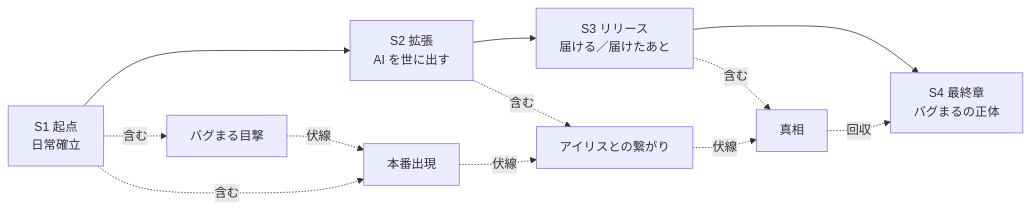
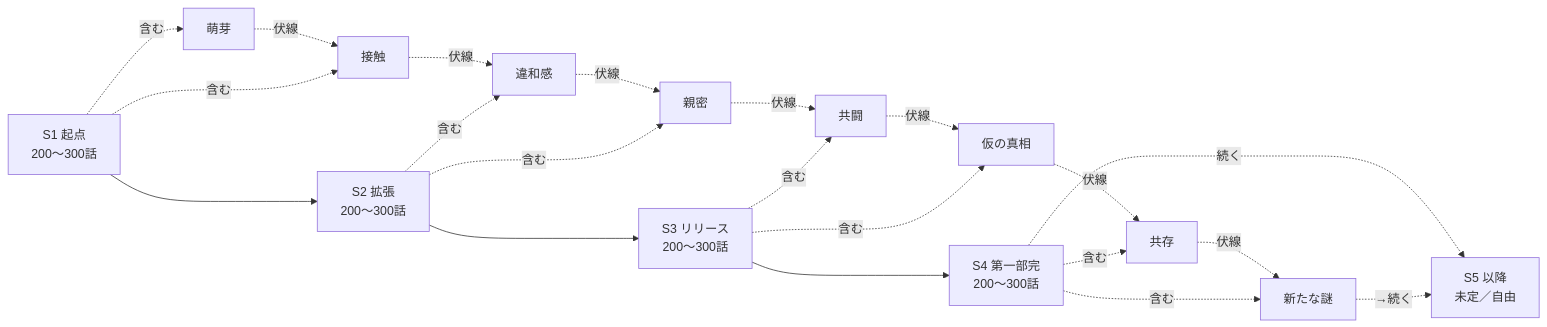
The diagram in docs/storyline.md (shunta-furukawa/four-panel-comics), drawn with Mermaid before and after one commit. The commit also changed other lines of this file, not shown here.

````diff
--- a/docs/storyline.md
+++ b/docs/storyline.md
@@ -49,16 +102,25 @@
 ```mermaid
 flowchart LR
-    S1[S1 起点<br/>日常確立] --> S2[S2 拡張<br/>AI を世に出す]
-    S2 --> S3[S3 リリース<br/>届ける／届けたあと]
-    S3 --> S4[S4 最終章<br/>バグまるの正体]
+    S1[S1 起点<br/>200〜300話] --> S2[S2 拡張<br/>200〜300話]
+    S2 --> S3[S3 リリース<br/>200〜300話]
+    S3 --> S4[S4 第一部完<br/>200〜300話]
+    S4 -.続く.-> S5[S5 以降<br/>未定／自由]
 
-    B1[バグまる目撃] -.伏線.-> B2[本番出現]
-    B2 -.伏線.-> B3[アイリスとの繋がり]
-    B3 -.伏線.-> B4[真相]
-    B4 -.回収.-> S4
+    B1[萌芽] -.伏線.-> B2[接触]
+    B2 -.伏線.-> B3[違和感]
+    B3 -.伏線.-> B4[親密]
+    B4 -.伏線.-> B5[共闘]
+    B5 -.伏線.-> B6[仮の真相]
+    B6 -.伏線.-> B7[共存]
+    B7 -.伏線.-> B8[新たな謎]
+    B8 -.→続く.-> S5
 
     S1 -.含む.-> B1
     S1 -.含む.-> B2
     S2 -.含む.-> B3
-    S3 -.含む.-> B4
+    S2 -.含む.-> B4
+    S3 -.含む.-> B5
+    S3 -.含む.-> B6
+    S4 -.含む.-> B7
+    S4 -.含む.-> B8
 ```
````
